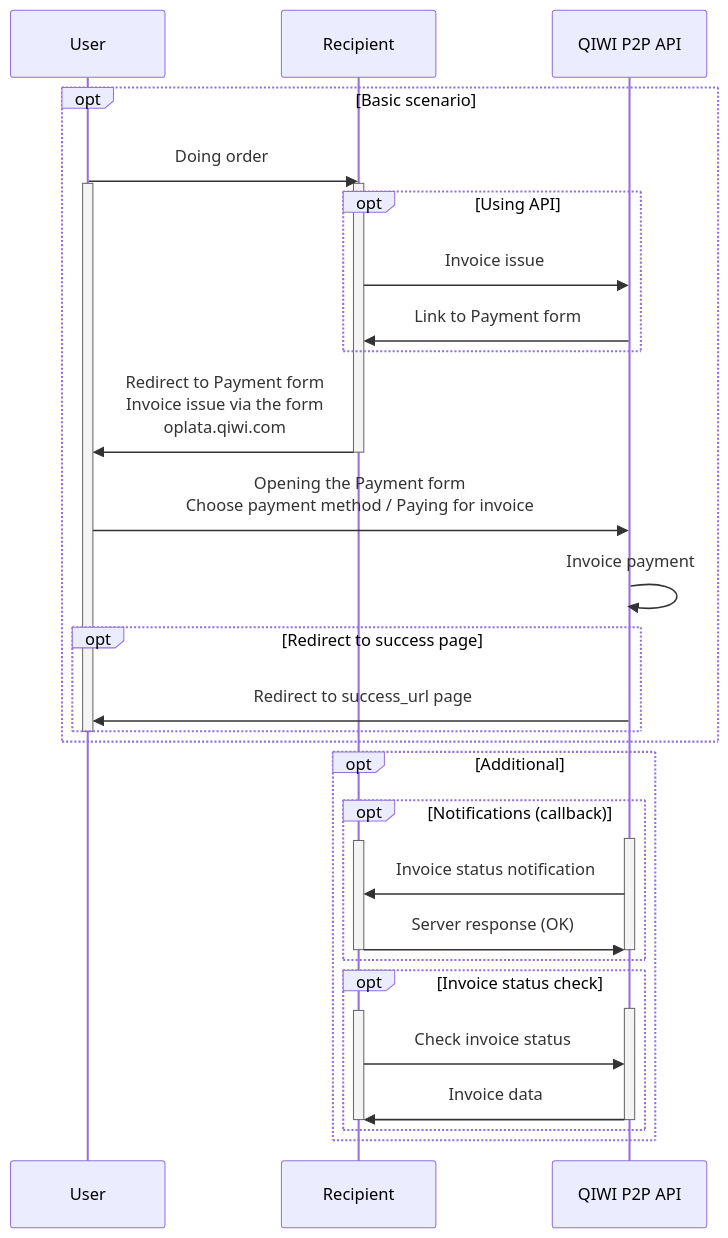
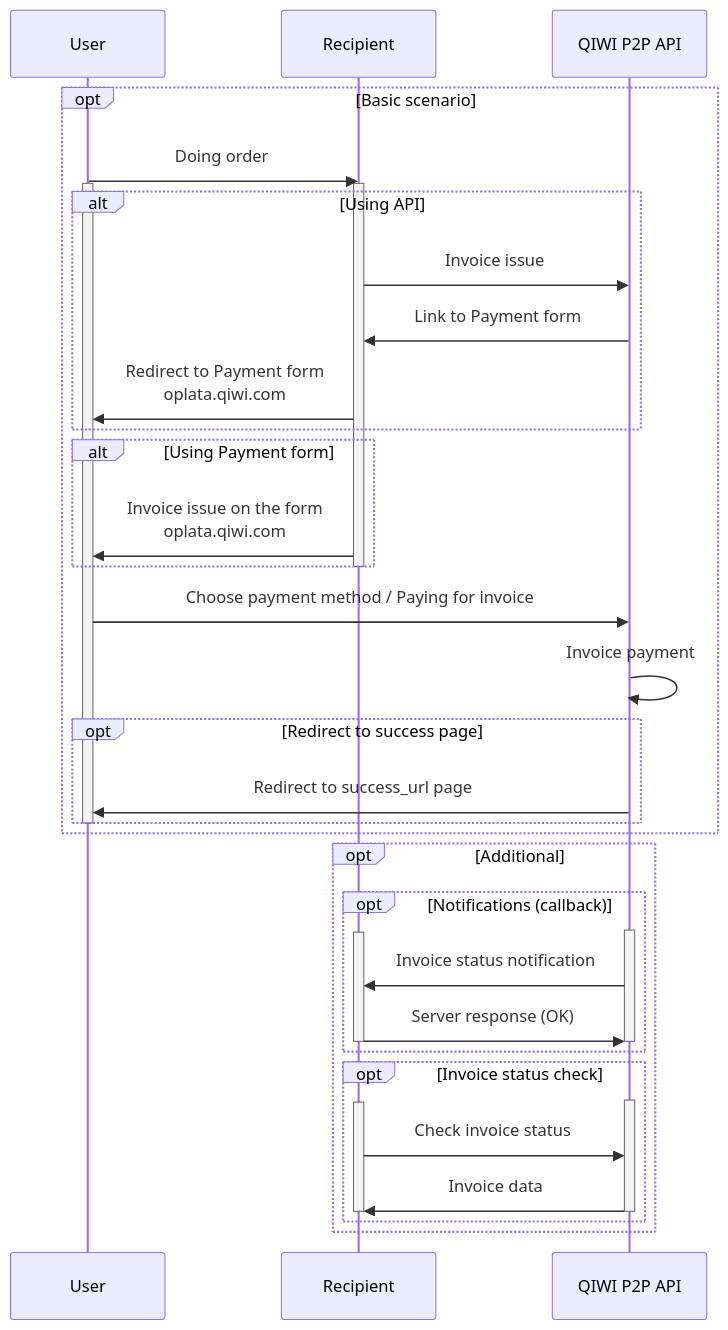
One commit to QIWI-API/p2p-payments-docs changed the diagram in p2p-payments_en.html.md. Above: the diagram before and after it, drawn with Mermaid. The commit also changed other lines of this file and 1 other file, not shown here.

```diff
--- a/p2p-payments_en.html.md
+++ b/p2p-payments_en.html.md
@@ -40,41 +61,44 @@
 <div class="mermaid">
 sequenceDiagram
 participant user as User
 participant rec as Recipient
 participant p2p as QIWI P2P API
 opt Basic scenario
 user->>rec:Doing order
 activate user
 activate rec
-opt Using API
+alt Using API
 rec->>p2p:Invoice issue
 p2p->>rec:Link to Payment form
+rec->>user:Redirect to Payment form<br>oplata.qiwi.com
 end
-rec->>user:Redirect to Payment form<br>Invoice issue via the form<br>oplata.qiwi.com
+alt Using Payment form
+rec->>user:Invoice issue on the form<br>oplata.qiwi.com
+end
 deactivate rec
-user->>p2p:Opening the Payment form<br>Choose payment method / Paying for invoice
+user->>p2p:Choose payment method / Paying for invoice
 p2p->>p2p:Invoice payment
 opt Redirect to success page
 p2p->>user:Redirect to success_url page
 end
 deactivate user
 end
 opt Additional
 opt Notifications (callback)
 activate p2p
 activate rec
 p2p->>rec:Invoice status notification
 rec->>p2p:Server response (OK)
 deactivate rec
 deactivate p2p
 end
 opt Invoice status check
 activate p2p
 activate rec
 rec->>p2p:Check invoice status
 p2p->>rec:Invoice data
 deactivate rec
 deactivate p2p
 end
 end
 </div>
```
